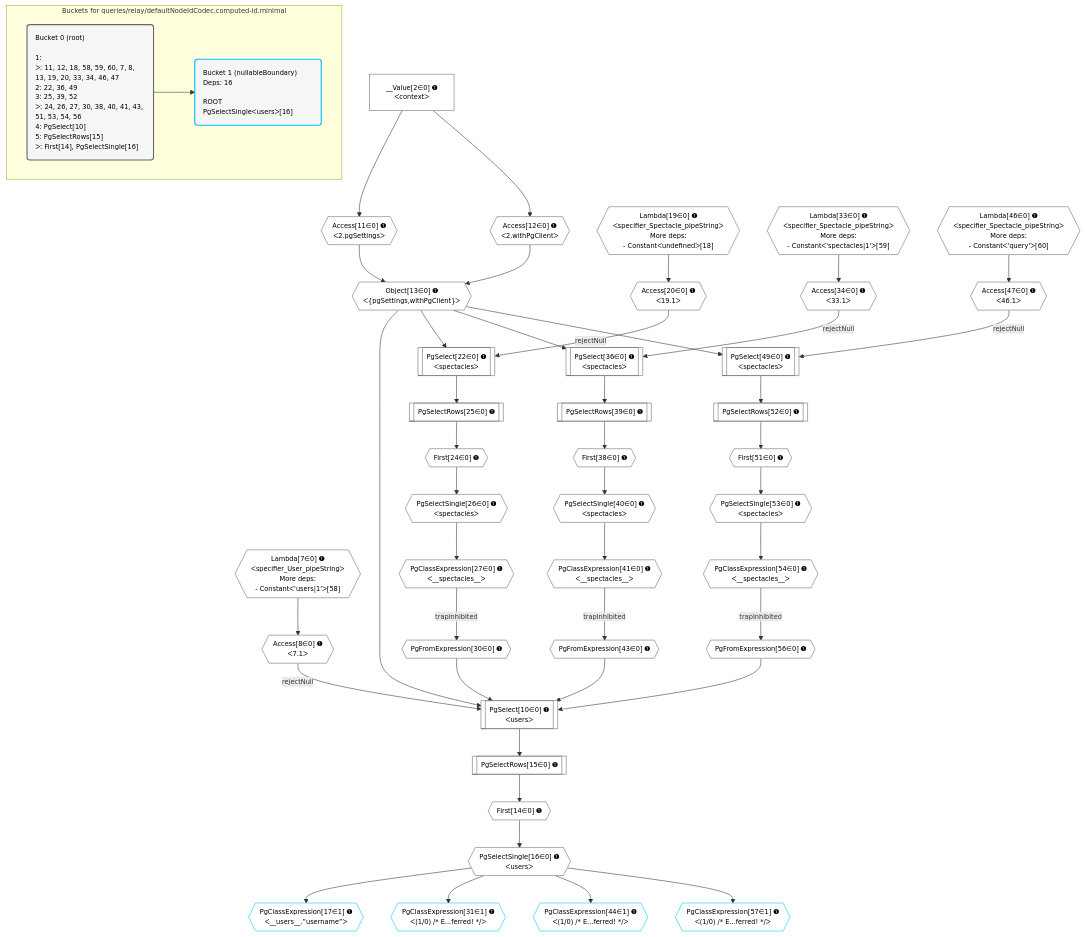
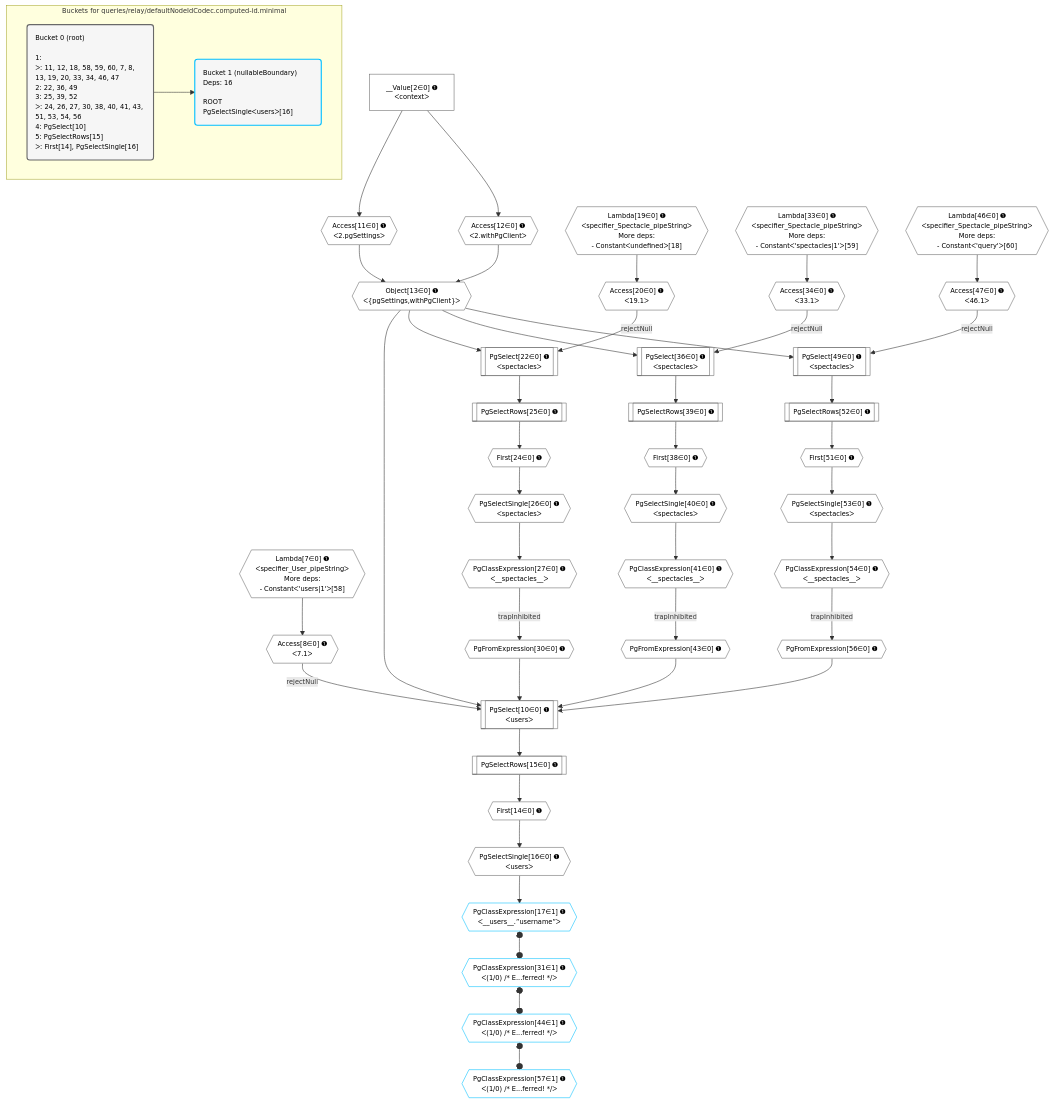
One commit to graphile/crystal changed the diagram in postgraphile/postgraphile/__tests__/queries/relay/defaultNodeIdCodec.computed-id.minimal.mermaid. Above: the diagram before and after it, drawn with Mermaid. The commit also changed 333 other files, not shown here.

```diff
--- a/postgraphile/postgraphile/__tests__/queries/relay/defaultNodeIdCodec.computed-id.minimal.mermaid
+++ b/postgraphile/postgraphile/__tests__/queries/relay/defaultNodeIdCodec.computed-id.minimal.mermaid
@@ -1,97 +1,97 @@
 %%{init: {'themeVariables': { 'fontSize': '12px'}}}%%
 graph TD
     classDef path fill:#eee,stroke:#000,color:#000
     classDef plan fill:#fff,stroke-width:1px,color:#000
     classDef itemplan fill:#fff,stroke-width:2px,color:#000
     classDef unbatchedplan fill:#dff,stroke-width:1px,color:#000
     classDef sideeffectplan fill:#fcc,stroke-width:2px,color:#000
     classDef bucket fill:#f6f6f6,color:#000,stroke-width:2px,text-align:left
 
     subgraph "Buckets for queries/relay/defaultNodeIdCodec.computed-id.minimal"
     Bucket0("Bucket 0 (root)<br /><br />1: <br />ᐳ: 11, 12, 18, 58, 59, 60, 7, 8, 13, 19, 20, 33, 34, 46, 47<br />2: 22, 36, 49<br />3: 25, 39, 52<br />ᐳ: 24, 26, 27, 30, 38, 40, 41, 43, 51, 53, 54, 56<br />4: PgSelect[10]<br />5: PgSelectRows[15]<br />ᐳ: First[14], PgSelectSingle[16]"):::bucket
     Bucket1("Bucket 1 (nullableBoundary)<br />Deps: 16<br /><br />ROOT PgSelectSingleᐸusersᐳ[16]"):::bucket
     end
     Bucket0 --> Bucket1
 
     %% plan dependencies
     PgSelect10[["PgSelect[10∈0] ➊<br />ᐸusersᐳ"]]:::plan
     Object13{{"Object[13∈0] ➊<br />ᐸ{pgSettings,withPgClient}ᐳ"}}:::plan
     Access8{{"Access[8∈0] ➊<br />ᐸ7.1ᐳ"}}:::plan
     PgFromExpression30{{"PgFromExpression[30∈0] ➊"}}:::plan
     PgFromExpression43{{"PgFromExpression[43∈0] ➊"}}:::plan
     PgFromExpression56{{"PgFromExpression[56∈0] ➊"}}:::plan
     Access8 -->|rejectNull| PgSelect10
     Object13 & PgFromExpression30 & PgFromExpression43 & PgFromExpression56 --> PgSelect10
     Access11{{"Access[11∈0] ➊<br />ᐸ2.pgSettingsᐳ"}}:::plan
     Access12{{"Access[12∈0] ➊<br />ᐸ2.withPgClientᐳ"}}:::plan
     Access11 & Access12 --> Object13
     PgSelect22[["PgSelect[22∈0] ➊<br />ᐸspectaclesᐳ"]]:::plan
     Access20{{"Access[20∈0] ➊<br />ᐸ19.1ᐳ"}}:::plan
     Access20 -->|rejectNull| PgSelect22
     Object13 --> PgSelect22
     PgSelect36[["PgSelect[36∈0] ➊<br />ᐸspectaclesᐳ"]]:::plan
     Access34{{"Access[34∈0] ➊<br />ᐸ33.1ᐳ"}}:::plan
     Access34 -->|rejectNull| PgSelect36
     Object13 --> PgSelect36
     PgSelect49[["PgSelect[49∈0] ➊<br />ᐸspectaclesᐳ"]]:::plan
     Access47{{"Access[47∈0] ➊<br />ᐸ46.1ᐳ"}}:::plan
     Access47 -->|rejectNull| PgSelect49
     Object13 --> PgSelect49
     Lambda7{{"Lambda[7∈0] ➊<br />ᐸspecifier_User_pipeStringᐳ<br />More deps:<br />- Constantᐸ'users|1'ᐳ[58]"}}:::plan
     Lambda7 --> Access8
     __Value2["__Value[2∈0] ➊<br />ᐸcontextᐳ"]:::plan
     __Value2 --> Access11
     __Value2 --> Access12
     First14{{"First[14∈0] ➊"}}:::plan
     PgSelectRows15[["PgSelectRows[15∈0] ➊"]]:::plan
     PgSelectRows15 --> First14
     PgSelect10 --> PgSelectRows15
     PgSelectSingle16{{"PgSelectSingle[16∈0] ➊<br />ᐸusersᐳ"}}:::plan
     First14 --> PgSelectSingle16
     Lambda19{{"Lambda[19∈0] ➊<br />ᐸspecifier_Spectacle_pipeStringᐳ<br />More deps:<br />- Constantᐸundefinedᐳ[18]"}}:::plan
     Lambda19 --> Access20
     First24{{"First[24∈0] ➊"}}:::plan
     PgSelectRows25[["PgSelectRows[25∈0] ➊"]]:::plan
     PgSelectRows25 --> First24
     PgSelect22 --> PgSelectRows25
     PgSelectSingle26{{"PgSelectSingle[26∈0] ➊<br />ᐸspectaclesᐳ"}}:::plan
     First24 --> PgSelectSingle26
     PgClassExpression27{{"PgClassExpression[27∈0] ➊<br />ᐸ__spectacles__ᐳ"}}:::plan
     PgSelectSingle26 --> PgClassExpression27
     PgClassExpression27 -->|trapInhibited| PgFromExpression30
     Lambda33{{"Lambda[33∈0] ➊<br />ᐸspecifier_Spectacle_pipeStringᐳ<br />More deps:<br />- Constantᐸ'spectacles|1'ᐳ[59]"}}:::plan
     Lambda33 --> Access34
     First38{{"First[38∈0] ➊"}}:::plan
     PgSelectRows39[["PgSelectRows[39∈0] ➊"]]:::plan
     PgSelectRows39 --> First38
     PgSelect36 --> PgSelectRows39
     PgSelectSingle40{{"PgSelectSingle[40∈0] ➊<br />ᐸspectaclesᐳ"}}:::plan
     First38 --> PgSelectSingle40
     PgClassExpression41{{"PgClassExpression[41∈0] ➊<br />ᐸ__spectacles__ᐳ"}}:::plan
     PgSelectSingle40 --> PgClassExpression41
     PgClassExpression41 -->|trapInhibited| PgFromExpression43
     Lambda46{{"Lambda[46∈0] ➊<br />ᐸspecifier_Spectacle_pipeStringᐳ<br />More deps:<br />- Constantᐸ'query'ᐳ[60]"}}:::plan
     Lambda46 --> Access47
     First51{{"First[51∈0] ➊"}}:::plan
     PgSelectRows52[["PgSelectRows[52∈0] ➊"]]:::plan
     PgSelectRows52 --> First51
     PgSelect49 --> PgSelectRows52
     PgSelectSingle53{{"PgSelectSingle[53∈0] ➊<br />ᐸspectaclesᐳ"}}:::plan
     First51 --> PgSelectSingle53
     PgClassExpression54{{"PgClassExpression[54∈0] ➊<br />ᐸ__spectacles__ᐳ"}}:::plan
     PgSelectSingle53 --> PgClassExpression54
     PgClassExpression54 -->|trapInhibited| PgFromExpression56
     PgClassExpression17{{"PgClassExpression[17∈1] ➊<br />ᐸ__users__.”username”ᐳ"}}:::plan
     PgSelectSingle16 --> PgClassExpression17
     PgClassExpression31{{"PgClassExpression[31∈1] ➊<br />ᐸ(1/0) /* E...ferred! */ᐳ"}}:::plan
-    PgSelectSingle16 --> PgClassExpression31
+    PgClassExpression17 o--o PgClassExpression31
     PgClassExpression44{{"PgClassExpression[44∈1] ➊<br />ᐸ(1/0) /* E...ferred! */ᐳ"}}:::plan
-    PgSelectSingle16 --> PgClassExpression44
+    PgClassExpression31 o--o PgClassExpression44
     PgClassExpression57{{"PgClassExpression[57∈1] ➊<br />ᐸ(1/0) /* E...ferred! */ᐳ"}}:::plan
-    PgSelectSingle16 --> PgClassExpression57
+    PgClassExpression44 o--o PgClassExpression57
 
     %% define steps
     classDef bucket0 stroke:#696969
     class Bucket0,__Value2,Lambda7,Access8,PgSelect10,Access11,Access12,Object13,First14,PgSelectRows15,PgSelectSingle16,Lambda19,Access20,PgSelect22,First24,PgSelectRows25,PgSelectSingle26,PgClassExpression27,PgFromExpression30,Lambda33,Access34,PgSelect36,First38,PgSelectRows39,PgSelectSingle40,PgClassExpression41,PgFromExpression43,Lambda46,Access47,PgSelect49,First51,PgSelectRows52,PgSelectSingle53,PgClassExpression54,PgFromExpression56 bucket0
     classDef bucket1 stroke:#00bfff
     class Bucket1,PgClassExpression17,PgClassExpression31,PgClassExpression44,PgClassExpression57 bucket1
```
